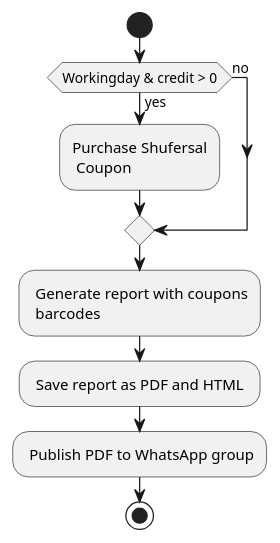
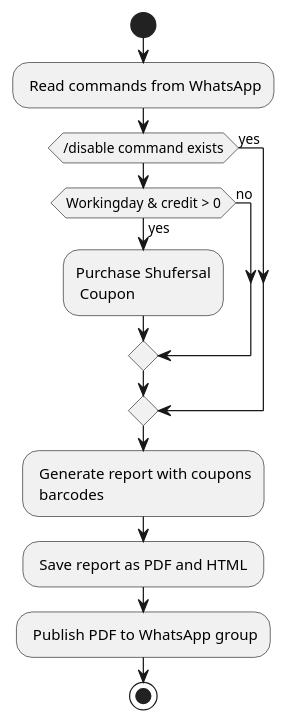
One commit to kfiry77/10bot changed the diagram in 10bisLogic.puml. Above: the diagram before and after it, drawn with PlantUML. The commit also changed 6 other files, not shown here.

Commit message:
Added ability to read commands from whatsapp, and if there is /disable command it will skip the current day.

```diff
--- a/10bisLogic.puml
+++ b/10bisLogic.puml
@@ -1,12 +1,16 @@
 @startuml
 start
-if (Workingday & credit > 0) then (yes)
-  :Purchase Shufersal\n Coupon;
-else (no)
+: Read commands from WhatsApp;
+if (/disable command exists) then (yes)
+else
+    if (Workingday & credit > 0) then (yes)
+      :Purchase Shufersal\n Coupon;
+    else (no)
+    endif
 endif
 
 : Generate report with coupons\n barcodes;
 : Save report as PDF and HTML ;
 : Publish PDF to WhatsApp group;
 stop
 @enduml
```
